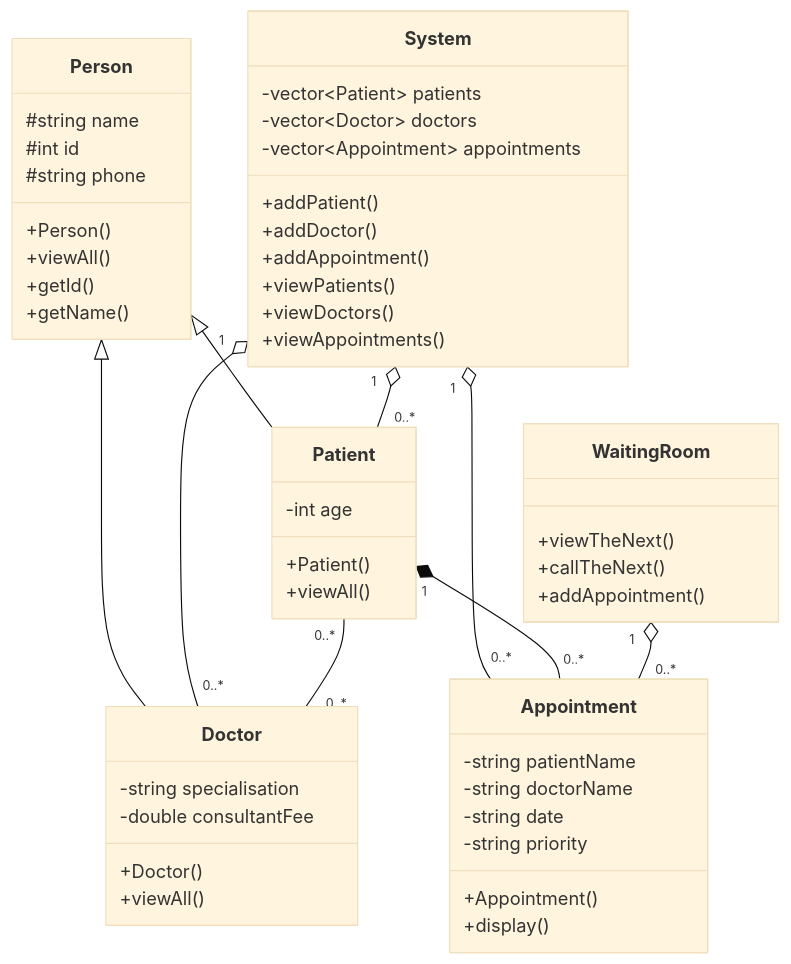
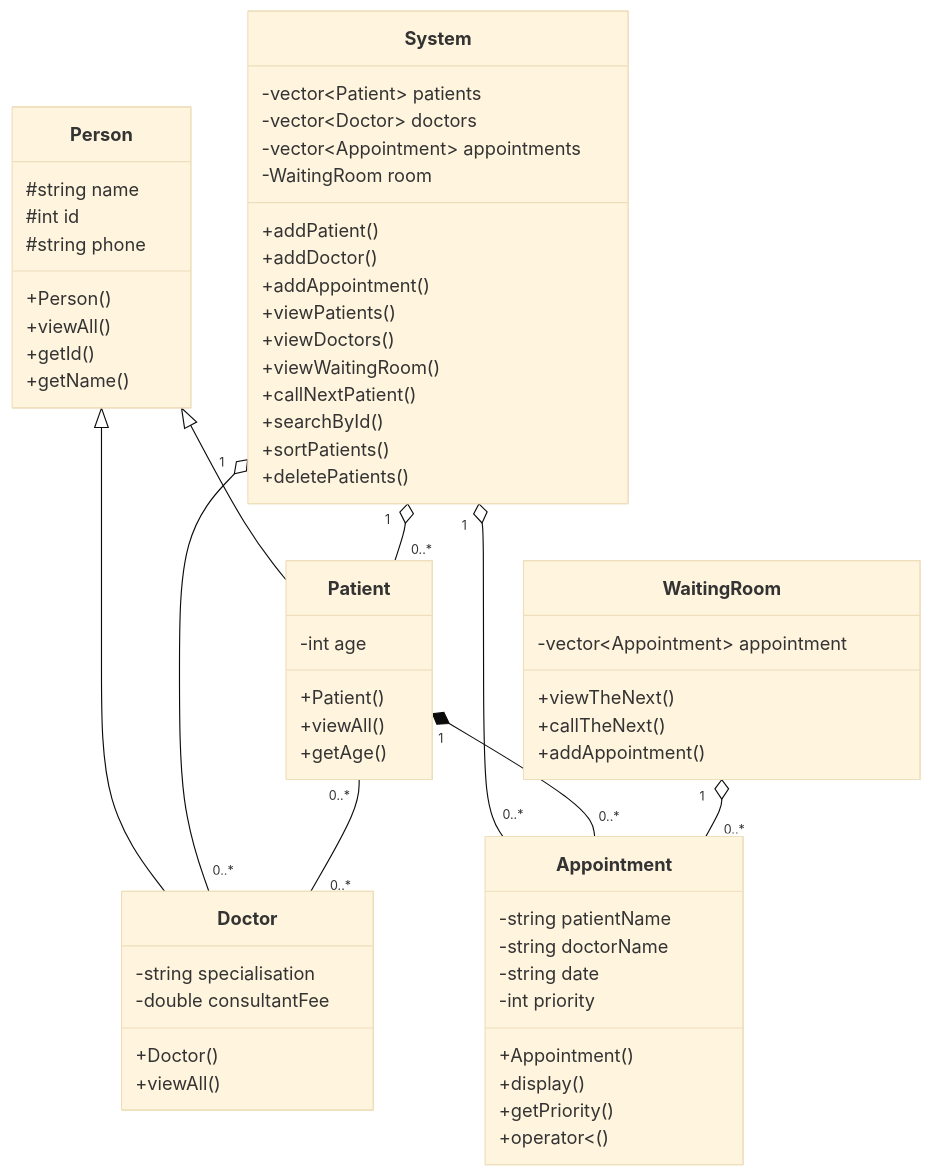
The diagram in README.md (mohannadreda123/Clinic-Management-System), drawn with Mermaid (base theme) before and after one commit.

Commit message:
docs: complete WaitingRoom & linking it with System in UML

````diff
--- a/README.md
+++ b/README.md
@@ -2,61 +2,70 @@
 ```mermaid
 classDiagram
     class Person {
         #string name
         #int id
         #string phone
         +Person()
         +viewAll()
         +getId()
         +getName()
     }
 
     class Patient {
         -int age
         +Patient()
         +viewAll()
+        +getAge()
     }
 
     class Doctor {
         -string specialisation
         -double consultantFee
         +Doctor()
         +viewAll()
     }
 
     class Appointment {
         -string patientName
         -string doctorName
         -string date
-        -string priority
+        -int priority
         +Appointment()
         +display()
+        +getPriority()
+        +operator<()
     }
 
     class System {
         -vector~Patient~ patients
         -vector~Doctor~ doctors
         -vector~Appointment~ appointments
+        -WaitingRoom room
         +addPatient()
         +addDoctor()
         +addAppointment()
         +viewPatients()
         +viewDoctors()
-        +viewAppointments()
+        +viewWaitingRoom()
+        +callNextPatient()
+        +searchById()
+        +sortPatients()
+        +deletePatients()
     }
 
     class WaitingRoom {
-    +viewTheNext()
-    +callTheNext()
-    +addAppointment()
+        -vector~Appointment~ appointment
+        +viewTheNext()
+        +callTheNext()
+        +addAppointment()
     }
 
     Person <|-- Patient
     Person <|-- Doctor
     System "1" o-- "0..*" Patient
     System "1" o-- "0..*" Doctor
     System "1" o-- "0..*" Appointment
     Patient "0..*" -- "0..*" Doctor
     Patient "1" *-- "0..*" Appointment
     WaitingRoom "1" o-- "0..*" Appointment
 ```
````
